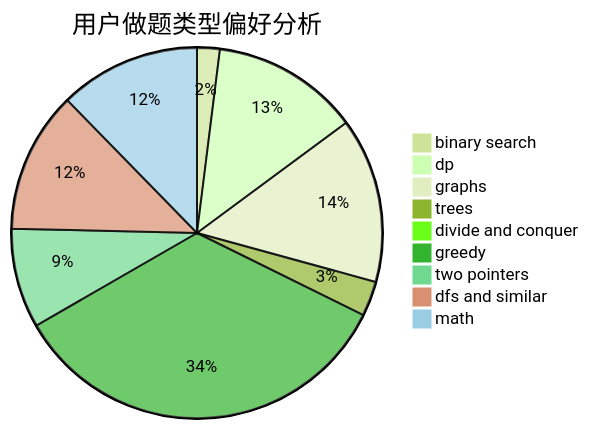
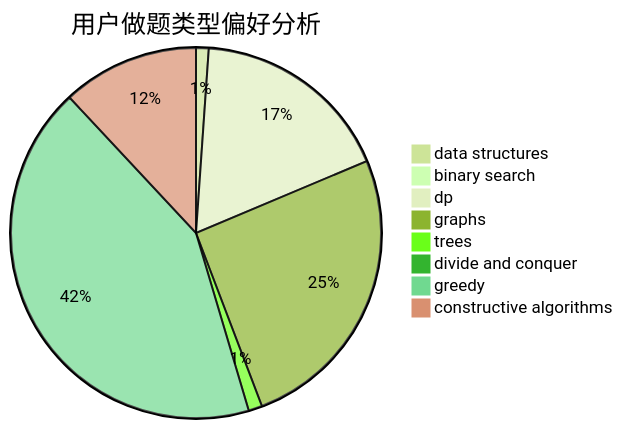
The second of 3 diagrams in docs/user/u272.md (sherpahu/cfrs.github.io), drawn with Mermaid (forest theme) before and after one commit. The commit also changed other lines of this file and 2775 other files, not shown here.

````diff
--- a/docs/user/u272.md
+++ b/docs/user/u272.md
@@ -23,12 +23,11 @@
 ```mermaid
 pie title 用户做题类型偏好分析
-    "binary search" :  41
-    "dp" :  267
-    "graphs" :  298
-    "trees" :  63
-    "divide and conquer" :  9
-    "greedy" :  712
-    "two pointers" :  180
-    "dfs and similar" :  255
-    "math" :  255
+    "data structures" :  12
+    "binary search" :  8
+    "dp" :  191
+    "graphs" :  278
+    "trees" :  13
+    "divide and conquer" :  0
+    "greedy" :  464
+    "constructive algorithms" :  130
 ```
````
